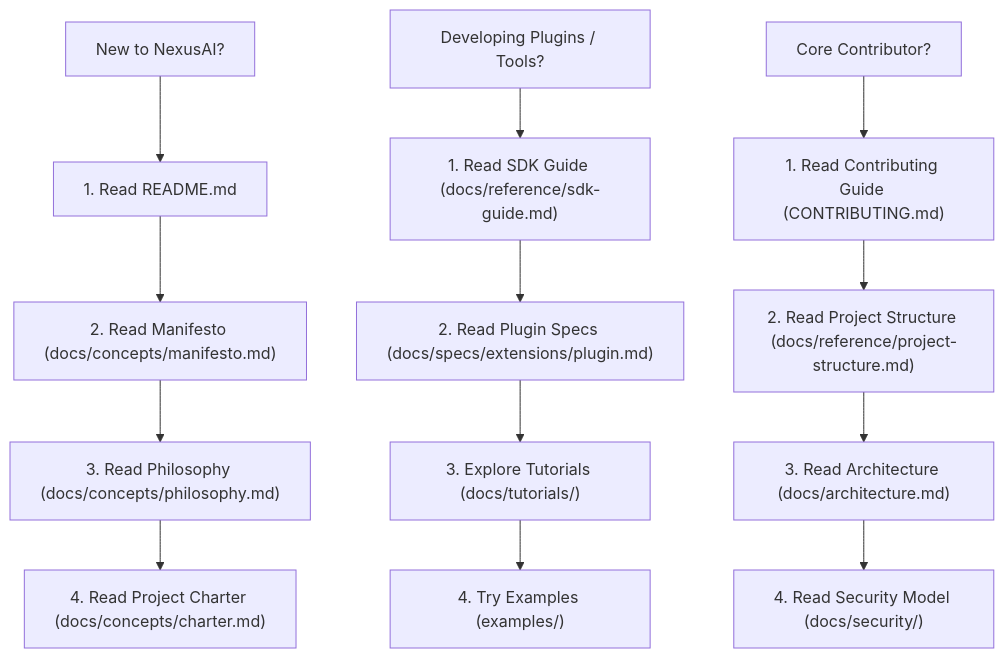
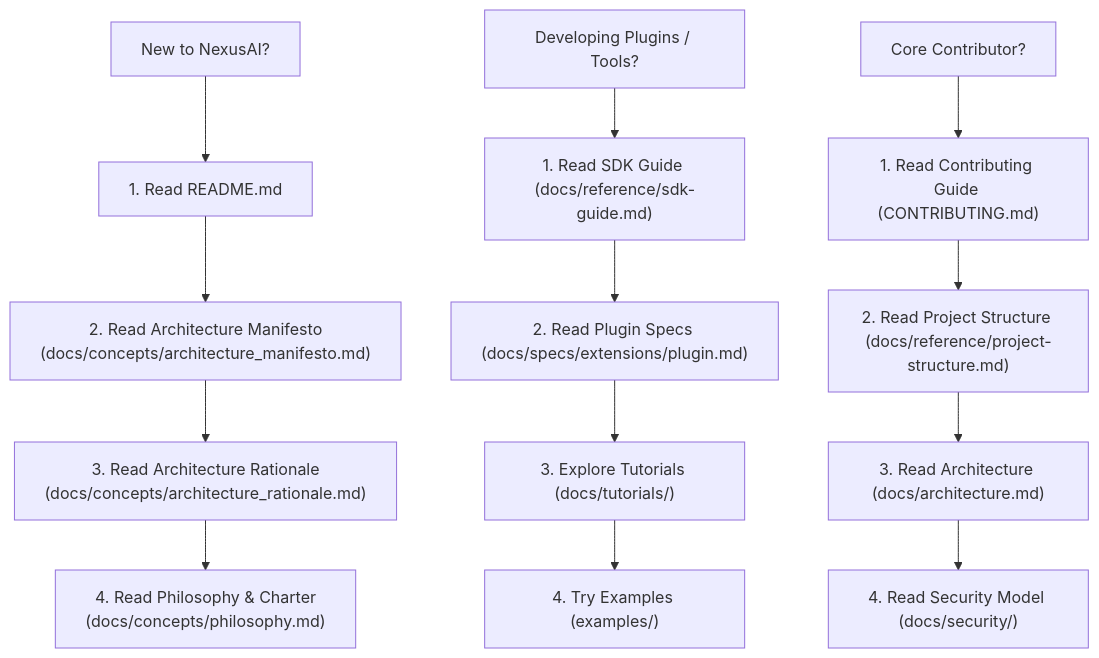
Before and after one commit to Irs622/nexusai: the diagram in docs/index.md, drawn with Mermaid. The commit also changed other lines of this file and 59 other files, not shown here.

````diff
--- a/docs/index.md
+++ b/docs/index.md
@@ -25,17 +25,17 @@
 ```mermaid
 flowchart TD
     A["New to NexusAI?"] --> B["1. Read README.md"]
-    B --> C["2. Read Manifesto (docs/concepts/manifesto.md)"]
-    C --> D["3. Read Philosophy (docs/concepts/philosophy.md)"]
-    D --> E["4. Read Project Charter (docs/concepts/charter.md)"]
+    B --> C["2. Read Architecture Manifesto\n(docs/concepts/architecture_manifesto.md)"]
+    C --> D["3. Read Architecture Rationale\n(docs/concepts/architecture_rationale.md)"]
+    D --> E["4. Read Philosophy & Charter\n(docs/concepts/philosophy.md)"]
 
     F["Developing Plugins / Tools?"] --> G["1. Read SDK Guide (docs/reference/sdk-guide.md)"]
     G --> H["2. Read Plugin Specs (docs/specs/extensions/plugin.md)"]
     H --> I["3. Explore Tutorials (docs/tutorials/)"]
     I --> J["4. Try Examples (examples/)"]
 
     K["Core Contributor?"] --> L["1. Read Contributing Guide (CONTRIBUTING.md)"]
     L --> M["2. Read Project Structure (docs/reference/project-structure.md)"]
     M --> N["3. Read Architecture (docs/architecture.md)"]
     N --> O["4. Read Security Model (docs/security/)"]
 ```
````
